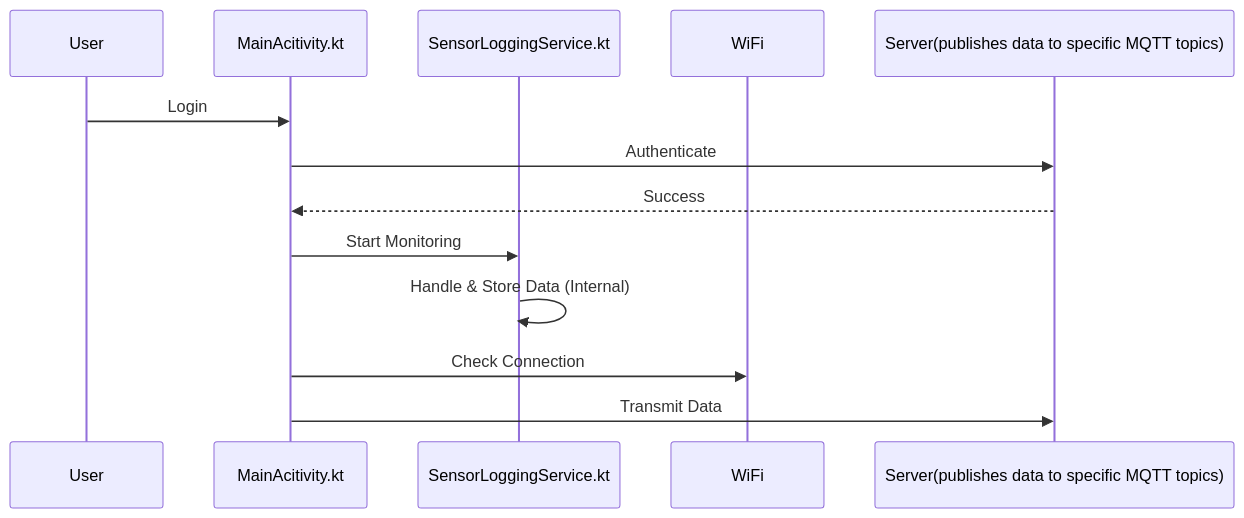
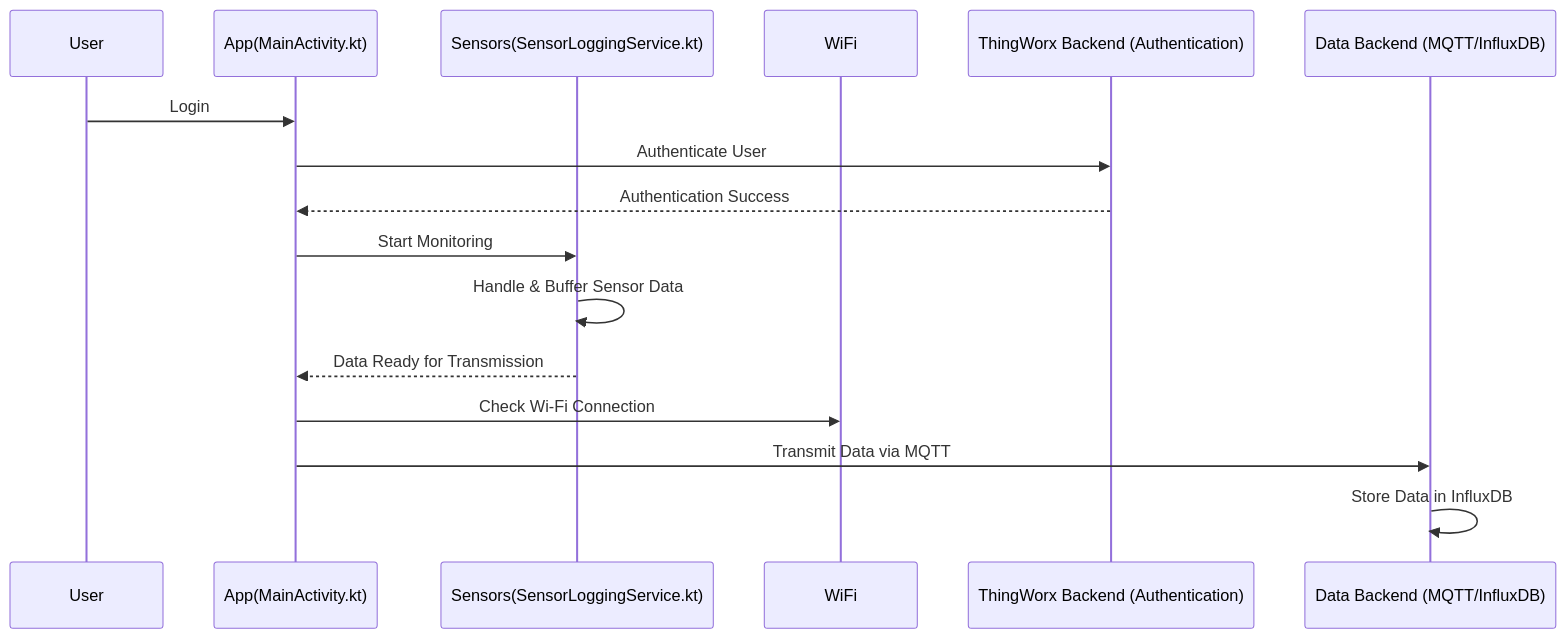
One commit to rcznp/test_doc_2 changed the second of 2 diagrams in README.md. Above: the diagram before and after it, drawn with Mermaid.

````diff
--- a/README.md
+++ b/README.md
@@ -38,16 +38,19 @@
 ```mermaid
 sequenceDiagram
     participant U as User
-    participant A as MainAcitivity.kt
-    participant S as SensorLoggingService.kt
+    participant A as App(MainActivity.kt)
+    participant S as Sensors(SensorLoggingService.kt)
     participant W as WiFi
-    participant API as Server(publishes data to specific MQTT topics)
+    participant TW as ThingWorx Backend (Authentication)
+    participant DB as Data Backend (MQTT/InfluxDB)
 
     U->>A: Login
-    A->>API: Authenticate
-    API-->>A: Success
+    A->>TW: Authenticate User
+    TW-->>A: Authentication Success
     A->>S: Start Monitoring
-    S->>S: Handle & Store Data (Internal)
-    A->>W: Check Connection
-    A->>API: Transmit Data
+    S->>S: Handle & Buffer Sensor Data
+    S-->>A: Data Ready for Transmission
+    A->>W: Check Wi-Fi Connection
+    A->>DB: Transmit Data via MQTT
+    DB->>DB: Store Data in InfluxDB
 ```
````
